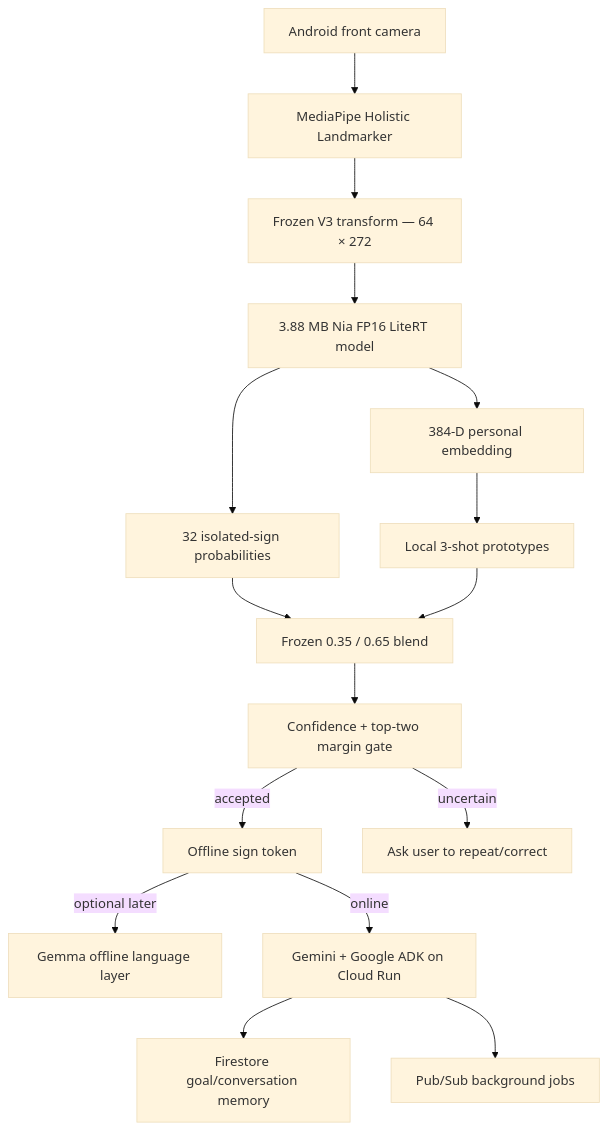
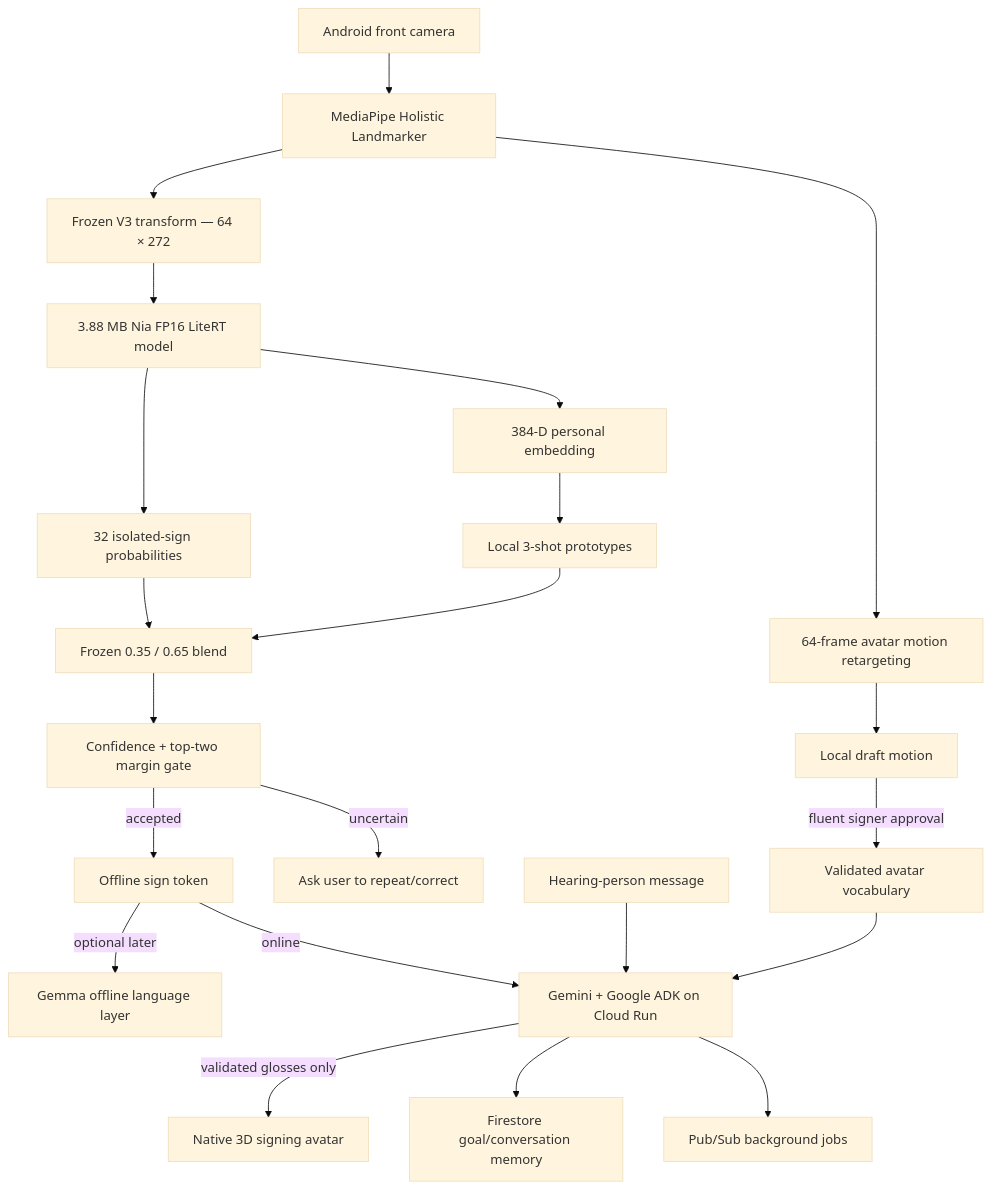
The diagram in docs/ARCHITECTURE.md (NestroyMusoke/Project-Nia), drawn with Mermaid (base theme) before and after one commit. The commit also changed other lines of this file and 16 other files, not shown here.

Commit message:
Add native 3D signing avatar and validated motion pipeline

````diff
--- a/docs/ARCHITECTURE.md
+++ b/docs/ARCHITECTURE.md
@@ -3,18 +3,24 @@
 ```mermaid
 flowchart TD
     Camera["Android front camera"] --> Holistic["MediaPipe Holistic Landmarker"]
     Holistic --> V3["Frozen V3 transform — 64 × 272"]
     V3 --> LiteRT["3.88 MB Nia FP16 LiteRT model"]
     LiteRT --> Prob["32 isolated-sign probabilities"]
     LiteRT --> Emb["384-D personal embedding"]
     Emb --> Local["Local 3-shot prototypes"]
     Prob --> Blend["Frozen 0.35 / 0.65 blend"]
     Local --> Blend
     Blend --> Gate["Confidence + top-two margin gate"]
     Gate -->|accepted| Offline["Offline sign token"]
     Gate -->|uncertain| Clarify["Ask user to repeat/correct"]
+    Holistic --> Retarget["64-frame avatar motion retargeting"]
+    Retarget --> Draft["Local draft motion"]
+    Draft -->|fluent signer approval| Validated["Validated avatar vocabulary"]
     Offline -->|optional later| Gemma["Gemma offline language layer"]
     Offline -->|online| ADK["Gemini + Google ADK on Cloud Run"]
+    Hearing["Hearing-person message"] --> ADK
+    Validated --> ADK
+    ADK -->|validated glosses only| Avatar["Native 3D signing avatar"]
     ADK --> Firestore["Firestore goal/conversation memory"]
     ADK --> PubSub["Pub/Sub background jobs"]
 ```
````
